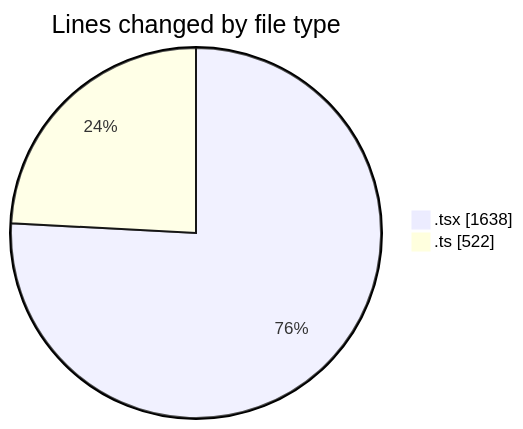
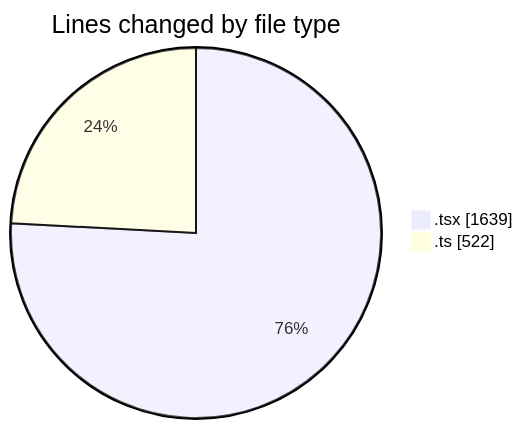
The first of 2 diagrams in 2026-04-03/nxtqube_webapp/README.md (nxtqubesakshisongat/code-tracking), drawn with Mermaid before and after one commit. The commit also changed other lines of this file and 1 other file, not shown here.

````diff
--- a/2026-04-03/nxtqube_webapp/README.md
+++ b/2026-04-03/nxtqube_webapp/README.md
@@ -22,6 +22,6 @@
 ```mermaid
 pie showData
 title Lines changed by file type
-".tsx" : 1638
+".tsx" : 1639
 ".ts" : 522
 ```
````
